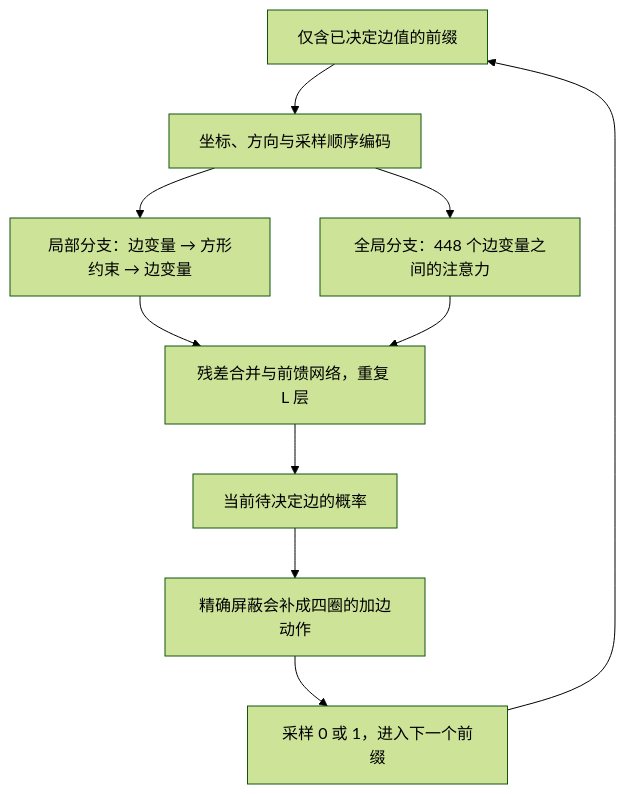
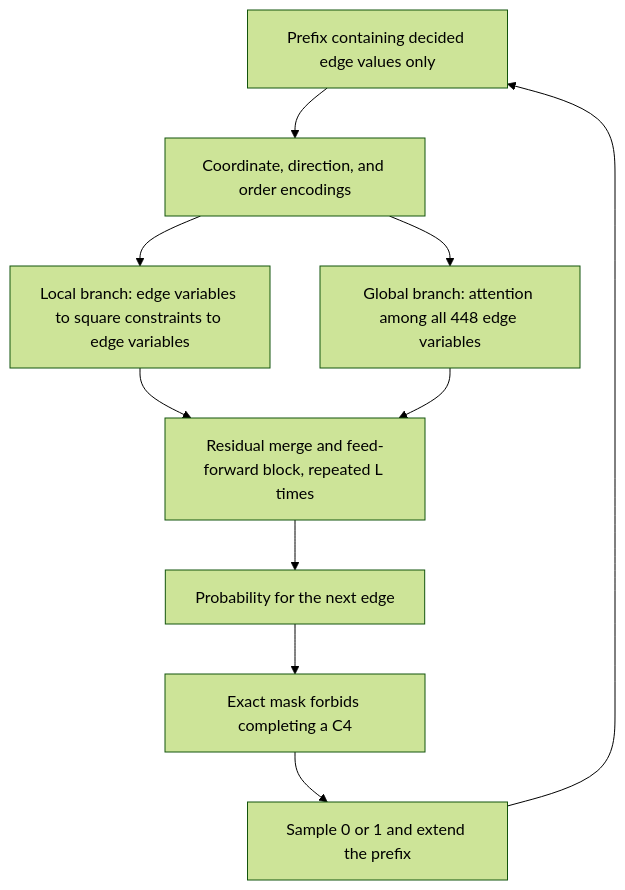
One commit to wssswsws/erdos-86 changed the diagram in docs/graphgps-route4.md. Above: the diagram before and after it, drawn with Mermaid (forest theme). The commit also changed other lines of this file and 24 other files, not shown here.

````diff
--- a/docs/graphgps-route4.md
+++ b/docs/graphgps-route4.md
@@ -17,12 +16,12 @@
 ```mermaid
 flowchart TD
-    A[仅含已决定边值的前缀] --> B[坐标、方向与采样顺序编码]
-    B --> C[局部分支：边变量 → 方形约束 → 边变量]
-    B --> D[全局分支：448 个边变量之间的注意力]
-    C --> E[残差合并与前馈网络，重复 L 层]
+    A[Prefix containing decided edge values only] --> B[Coordinate, direction, and order encodings]
+    B --> C[Local branch: edge variables to square constraints to edge variables]
+    B --> D[Global branch: attention among all 448 edge variables]
+    C --> E[Residual merge and feed-forward block, repeated L times]
     D --> E
-    E --> F[当前待决定边的概率]
-    F --> G[精确屏蔽会补成四圈的加边动作]
-    G --> H[采样 0 或 1，进入下一个前缀]
+    E --> F[Probability for the next edge]
+    F --> G[Exact mask forbids completing a C4]
+    G --> H[Sample 0 or 1 and extend the prefix]
     H --> A
 ```
````
